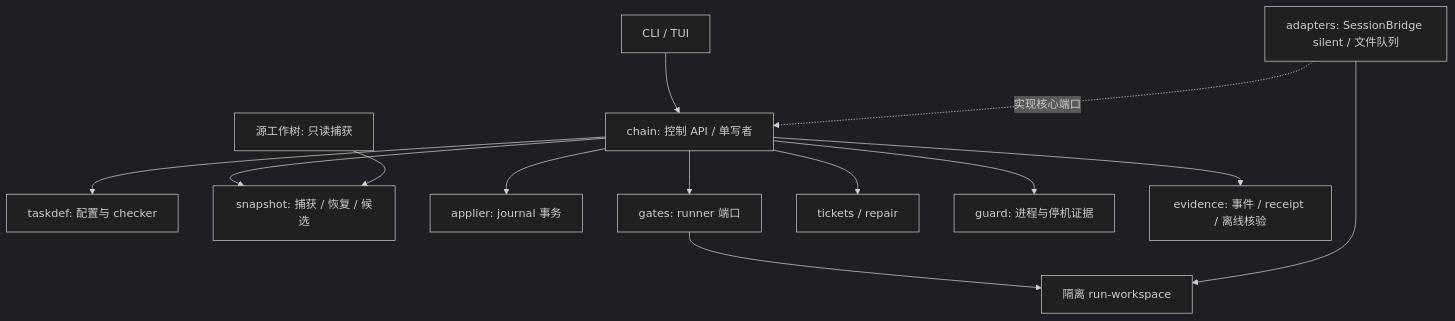
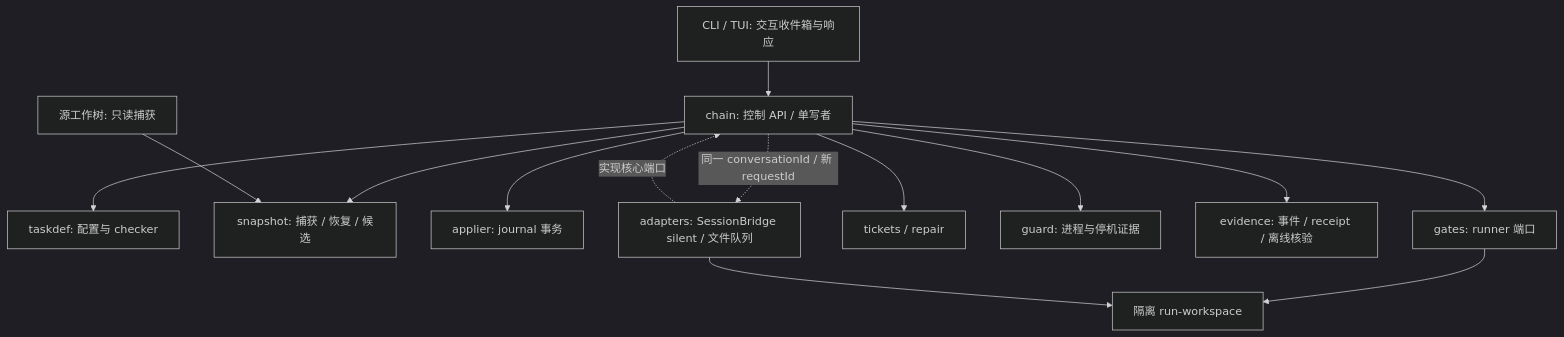
Before and after one commit to larsonzh/prfrail: the diagram in docs/ARCHITECTURE.md, drawn with Mermaid (dark theme). The commit also changed other lines of this file and 30 other files, not shown here.

````diff
--- a/docs/ARCHITECTURE.md
+++ b/docs/ARCHITECTURE.md
@@ -13,15 +13,16 @@
 ```mermaid
 flowchart TD
-  UI[CLI / TUI] --> C[chain: 控制 API / 单写者]
+  UI[CLI / TUI: 交互收件箱与响应] --> C[chain: 控制 API / 单写者]
   C --> D[taskdef: 配置与 checker]
   C --> S[snapshot: 捕获 / 恢复 / 候选]
   C --> A[applier: journal 事务]
   C --> G[gates: runner 端口]
   C --> T[tickets / repair]
   C --> W[guard: 进程与停机证据]
   C --> E[evidence: 事件 / receipt / 离线核验]
   AD[adapters: SessionBridge silent / 文件队列] -. 实现核心端口 .-> C
+  C -. 同一 conversationId / 新 requestId .-> AD
   G --> R[隔离 run-workspace]
   AD --> R
   O[源工作树: 只读捕获] --> S
 ```
````
